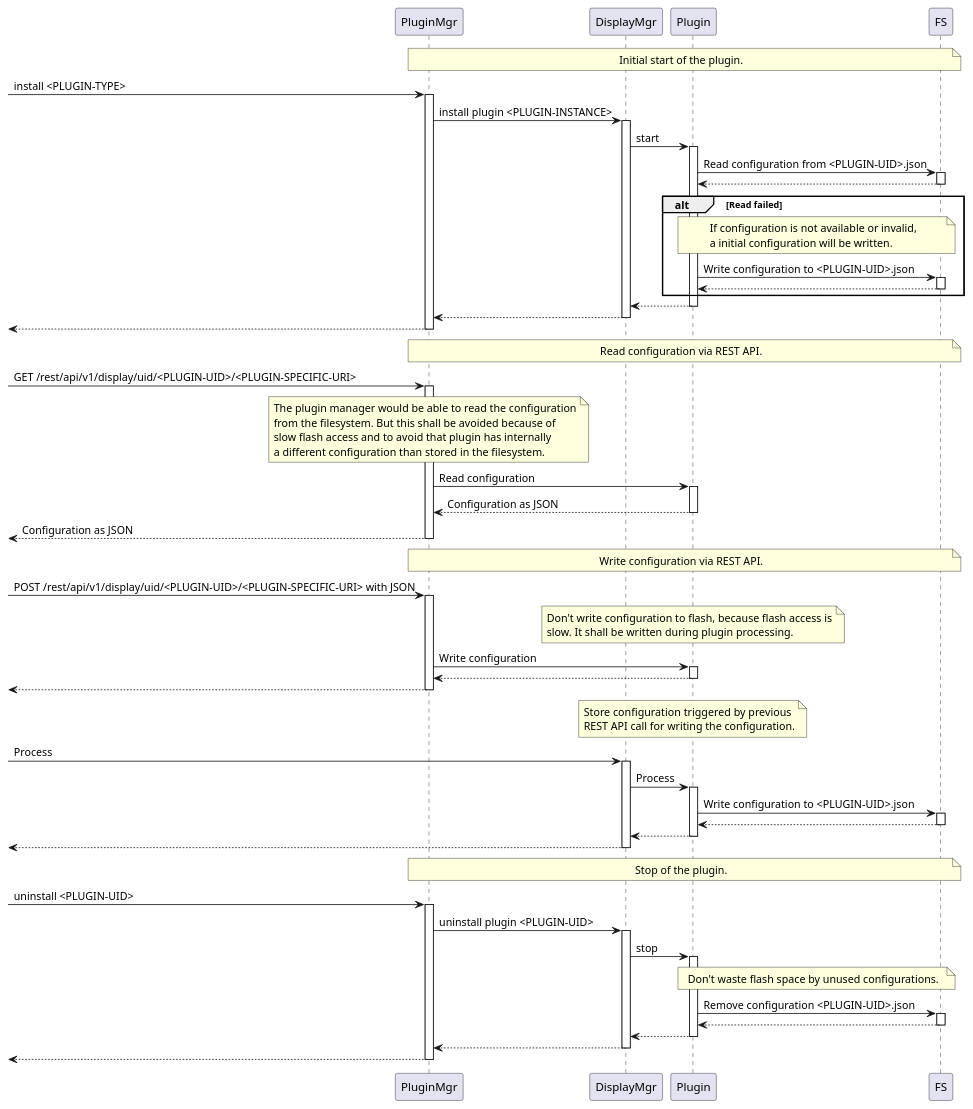
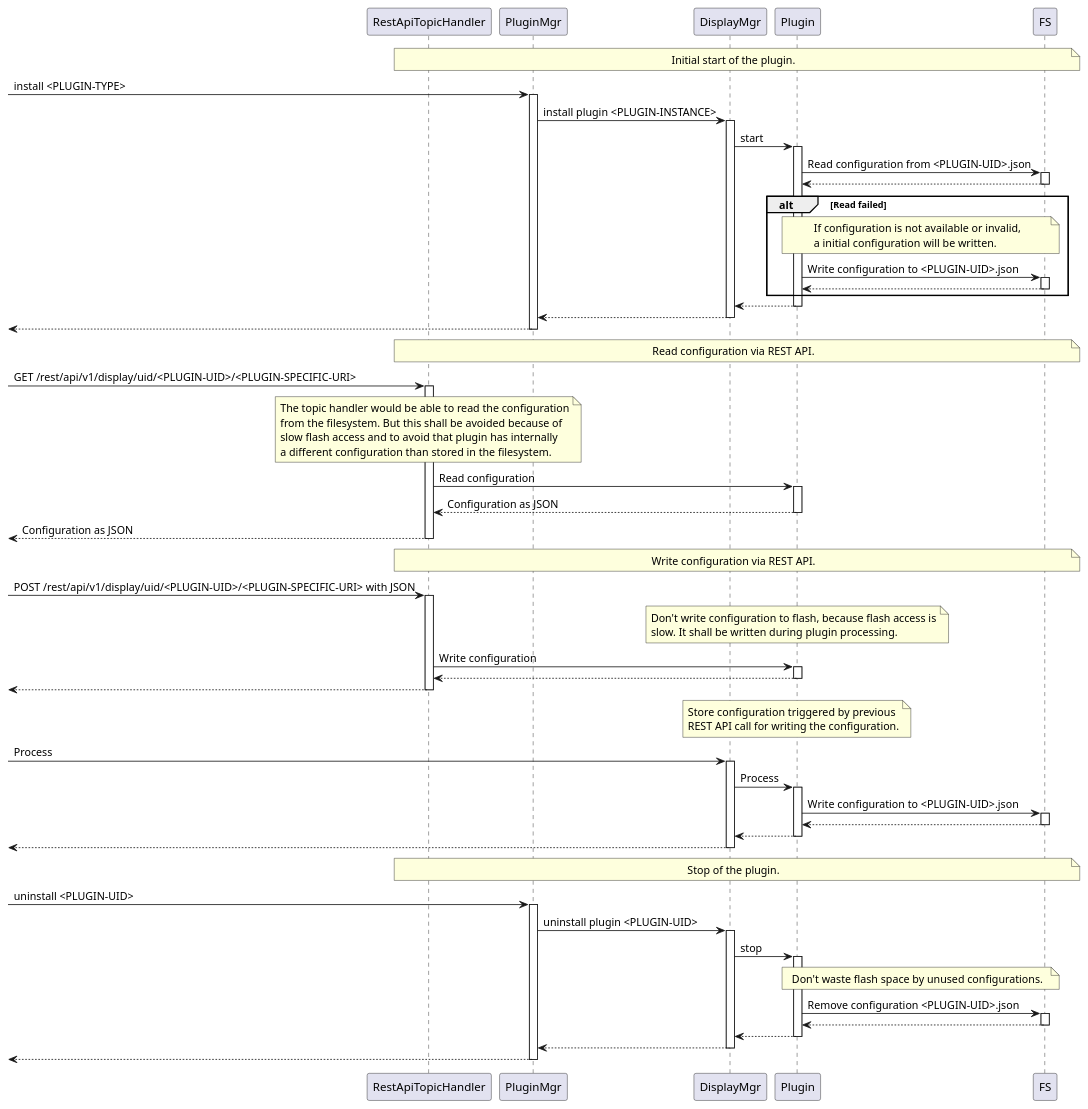
Before and after one commit to BlueAndi/Pixelix: the diagram in doc/architecture/uml/plugin_cfg_handling.wsd, drawn with PlantUML. The commit also changed 44 other files, not shown here.

Commit message:
Topic handlers are handled by the topic handler service and not by the plugin manager anymore. The topic handler service observes plugin topic changes and notify all handlers about. This is necessary for the MQTT to publish on change. #118

```diff
--- a/doc/architecture/uml/plugin_cfg_handling.wsd
+++ b/doc/architecture/uml/plugin_cfg_handling.wsd
@@ -1,89 +1,90 @@
 @startuml
 
+participant "RestApiTopicHandler" as restApiTopicHandler
 participant "PluginMgr" as pluginMgr
 participant "DisplayMgr" as displayMgr
 participant "Plugin" as plugin
 participant "FS" as fs
 
 autoactivate on
 
-note over pluginMgr,fs
+note over restApiTopicHandler,fs
     Initial start of the plugin.
 end note
 
 -> pluginMgr: install <PLUGIN-TYPE>
     pluginMgr -> displayMgr: install plugin <PLUGIN-INSTANCE>
         displayMgr -> plugin : start
             plugin ->  fs: Read configuration from <PLUGIN-UID>.json
             plugin <-- fs
 
             alt Read failed
                 note over plugin,fs
                     If configuration is not available or invalid,
                     a initial configuration will be written.
                 end note
                 plugin -> fs: Write configuration to <PLUGIN-UID>.json
                 plugin <-- fs
             end alt
 
         displayMgr <--plugin
     pluginMgr <-- displayMgr
 <-- pluginMgr
 
-note over pluginMgr,fs
+note over restApiTopicHandler,fs
     Read configuration via REST API.
 end note
 
--> pluginMgr: GET /rest/api/v1/display/uid/<PLUGIN-UID>/<PLUGIN-SPECIFIC-URI>
-    note over pluginMgr
-        The plugin manager would be able to read the configuration
+-> restApiTopicHandler: GET /rest/api/v1/display/uid/<PLUGIN-UID>/<PLUGIN-SPECIFIC-URI>
+    note over restApiTopicHandler
+        The topic handler would be able to read the configuration
         from the filesystem. But this shall be avoided because of
         slow flash access and to avoid that plugin has internally
         a different configuration than stored in the filesystem.
     end note
-    pluginMgr -> plugin: Read configuration
-    pluginMgr <-- plugin: Configuration as JSON
-<-- pluginMgr: Configuration as JSON
+    restApiTopicHandler -> plugin: Read configuration
+    restApiTopicHandler <-- plugin: Configuration as JSON
+<-- restApiTopicHandler: Configuration as JSON
 
-note over pluginMgr,fs
+note over restApiTopicHandler,fs
     Write configuration via REST API.
 end note
 
--> pluginMgr: POST /rest/api/v1/display/uid/<PLUGIN-UID>/<PLUGIN-SPECIFIC-URI> with JSON
+-> restApiTopicHandler: POST /rest/api/v1/display/uid/<PLUGIN-UID>/<PLUGIN-SPECIFIC-URI> with JSON
     note over plugin
         Don't write configuration to flash, because flash access is
         slow. It shall be written during plugin processing.
     end note
-    pluginMgr -> plugin: Write configuration
-    pluginMgr <-- plugin
-<-- pluginMgr
+    restApiTopicHandler -> plugin: Write configuration
+    restApiTopicHandler <-- plugin
+<-- restApiTopicHandler
 
 note over plugin
     Store configuration triggered by previous
     REST API call for writing the configuration.
 end note
 
 -> displayMgr: Process
     displayMgr -> plugin: Process
         plugin -> fs: Write configuration to <PLUGIN-UID>.json
         plugin <-- fs
     displayMgr <-- plugin
 <-- displayMgr
 
-note over pluginMgr,fs
+note over restApiTopicHandler,fs
     Stop of the plugin.
 end note
 
 -> pluginMgr: uninstall <PLUGIN-UID>
     pluginMgr -> displayMgr: uninstall plugin <PLUGIN-UID>
         displayMgr -> plugin : stop
             note over plugin,fs
                 Don't waste flash space by unused configurations.
             end note
             plugin ->  fs: Remove configuration <PLUGIN-UID>.json
             plugin <-- fs
         displayMgr <--plugin
     pluginMgr <-- displayMgr
 <-- pluginMgr
 
 @enduml
```
